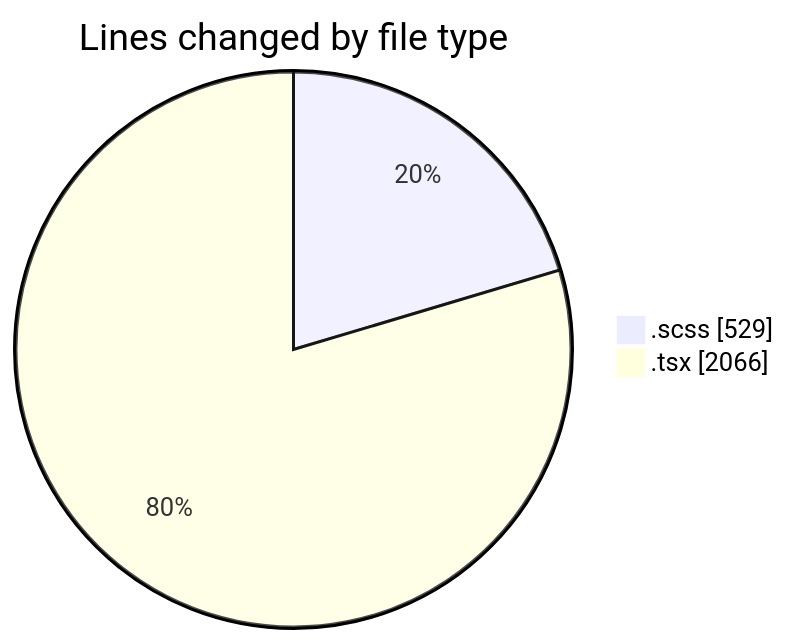
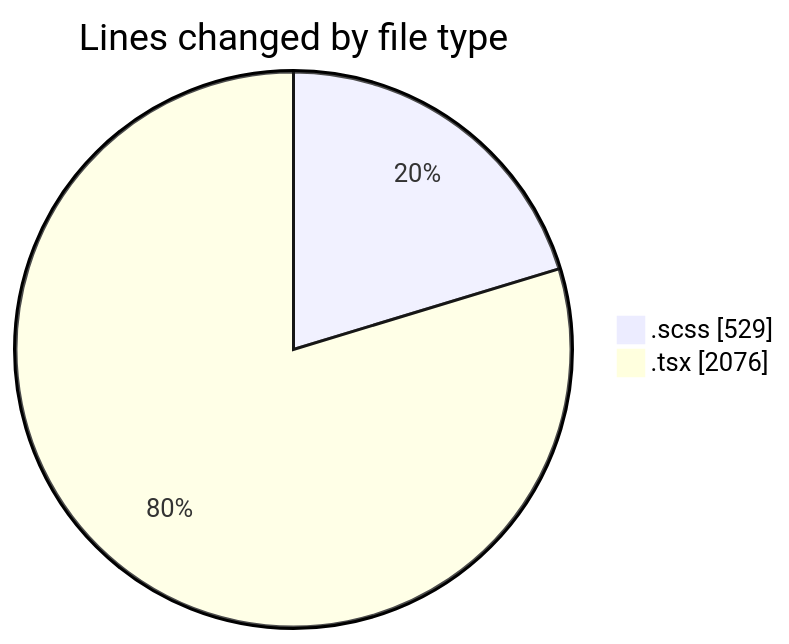
Before and after one commit to momahboobian/code-tracking: the first of 2 diagrams in 2025-08-28/cda/README.md, drawn with Mermaid. The commit also changed other lines of this file and 1 other file, not shown here.

````diff
--- a/2025-08-28/cda/README.md
+++ b/2025-08-28/cda/README.md
@@ -27,6 +27,6 @@
 ```mermaid
 pie showData
 title Lines changed by file type
 ".scss" : 529
-".tsx" : 2066
+".tsx" : 2076
 ```
````
